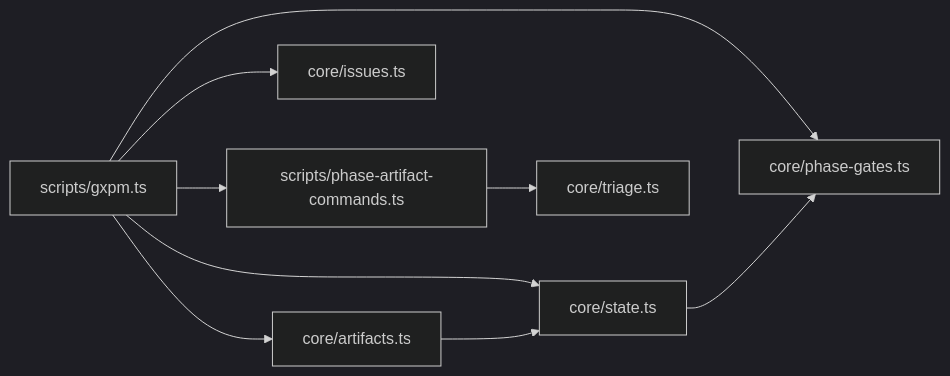
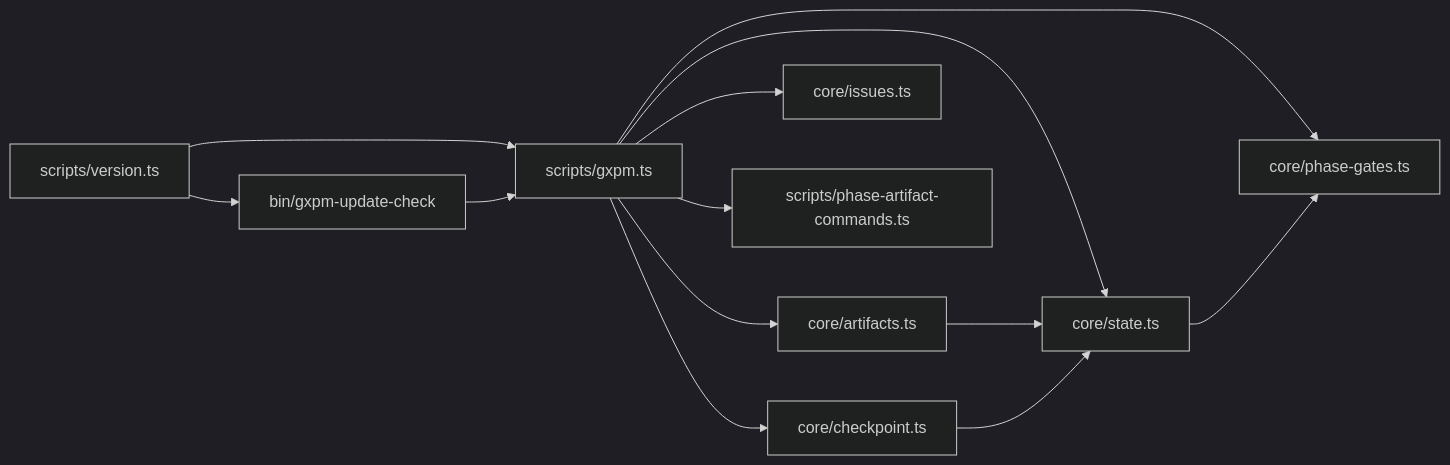
One commit to laozhong86/gxpm changed the tenth of 10 diagrams in .qoder/repowiki/zh/content/核心概念/状态机系统.md. Above: the diagram before and after it, drawn with Mermaid (dark theme). The commit also changed other lines of this file and 8 other files, not shown here.

````diff
--- a/.qoder/repowiki/zh/content/核心概念/状态机系统.md
+++ b/.qoder/repowiki/zh/content/核心概念/状态机系统.md
@@ -353,11 +503,15 @@
 ```mermaid
 graph LR
 CLI["scripts/gxpm.ts"] --> ST["core/state.ts"]
 CLI --> AR["core/artifacts.ts"]
+CLI --> CP["core/checkpoint.ts"]
 CLI --> PG["core/phase-gates.ts"]
 CLI --> IS["core/issues.ts"]
 CLI --> PAC["scripts/phase-artifact-commands.ts"]
-PAC --> TRI["core/triage.ts"]
+VS["scripts/version.ts"] --> UC["bin/gxpm-update-check"]
 ST --> PG
 AR --> ST
+CP --> ST
+VS --> CLI
+UC --> CLI
 ```
````
